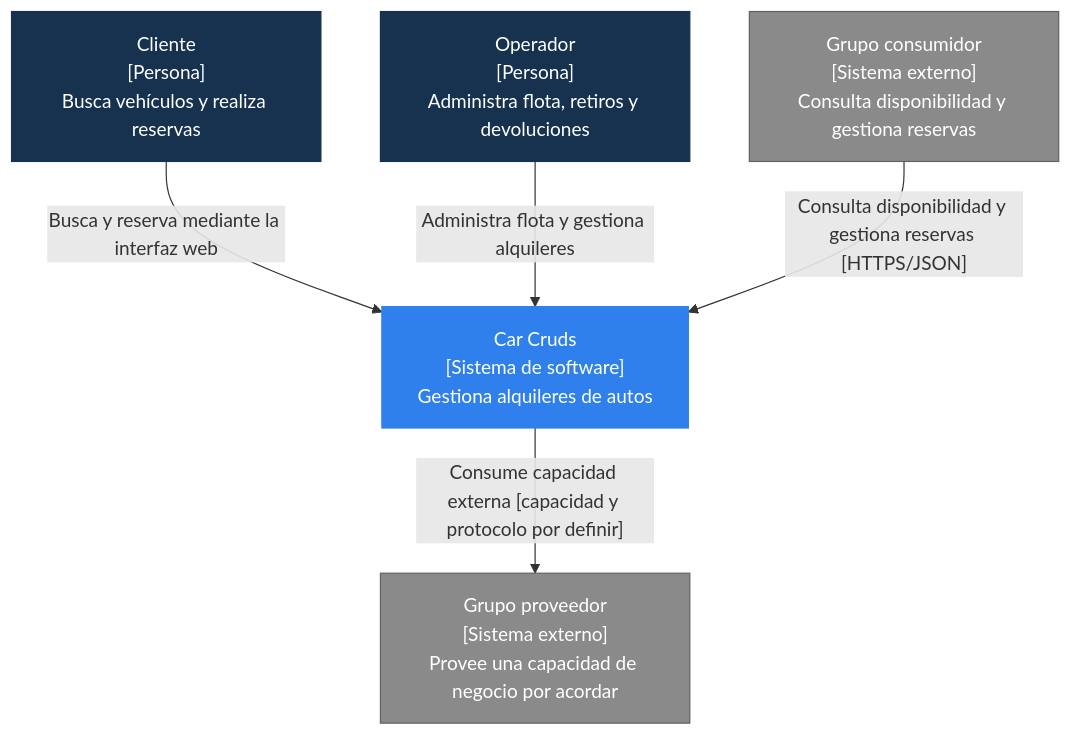
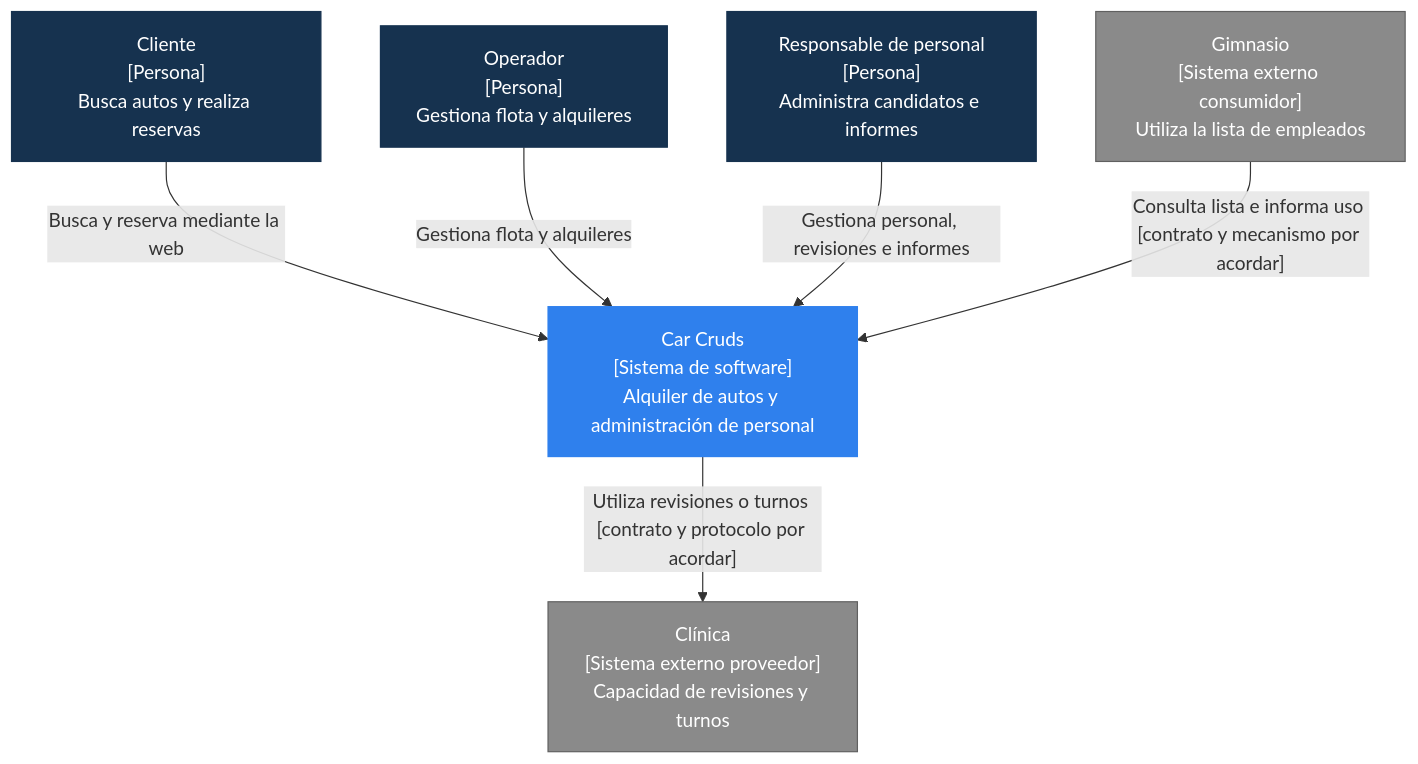
One commit to Gerpeirone/Car-Cruds changed the first of 4 diagrams in docs/ARCHITECTURE.md. Above: the diagram before and after it, drawn with Mermaid. The commit also changed other lines of this file and 38 other files, not shown here.

````diff
--- a/docs/ARCHITECTURE.md
+++ b/docs/ARCHITECTURE.md
@@ -27,23 +30,22 @@
 ```mermaid
 flowchart TB
-    Client["Cliente<br/>[Persona]<br/>Busca vehículos y realiza reservas"]
-    Operator["Operador<br/>[Persona]<br/>Administra flota, retiros y devoluciones"]
+    Client["Cliente<br/>[Persona]<br/>Busca autos y realiza reservas"]
+    Operator["Operador<br/>[Persona]<br/>Gestiona flota y alquileres"]
+    Personnel["Responsable de personal<br/>[Persona]<br/>Administra candidatos e informes"]
+    System["Car Cruds<br/>[Sistema de software]<br/>Alquiler de autos y administración de personal"]
+    Gym["Gimnasio<br/>[Sistema externo consumidor]<br/>Utiliza la lista de empleados"]
+    Clinic["Clínica<br/>[Sistema externo proveedor]<br/>Capacidad de revisiones y turnos"]
 
-    System["Car Cruds<br/>[Sistema de software]<br/>Gestiona alquileres de autos"]
-
-    Consumer["Grupo consumidor<br/>[Sistema externo]<br/>Consulta disponibilidad y gestiona reservas"]
-    Provider["Grupo proveedor<br/>[Sistema externo]<br/>Provee una capacidad de negocio por acordar"]
-
-    Client -->|"Busca y reserva mediante la interfaz web"| System
-    Operator -->|"Administra flota y gestiona alquileres"| System
-    Consumer -->|"Consulta disponibilidad y gestiona reservas [HTTPS/JSON]"| System
-    System -->|"Consume capacidad externa [capacidad y protocolo por definir]"| Provider
+    Client -->|"Busca y reserva mediante la web"| System
+    Operator -->|"Gestiona flota y alquileres"| System
+    Personnel -->|"Gestiona personal, revisiones e informes"| System
+    Gym -->|"Consulta lista e informa uso [contrato y mecanismo por acordar]"| System
+    System -->|"Utiliza revisiones o turnos [contrato y protocolo por acordar]"| Clinic
 
     classDef person fill:#16324f,color:#ffffff,stroke:#16324f;
     classDef system fill:#2f80ed,color:#ffffff,stroke:#2f80ed;
     classDef external fill:#8a8a8a,color:#ffffff,stroke:#606060;
-
-    class Client,Operator person;
+    class Client,Operator,Personnel person;
     class System system;
-    class Consumer,Provider external;
+    class Gym,Clinic external;
 ```
````
